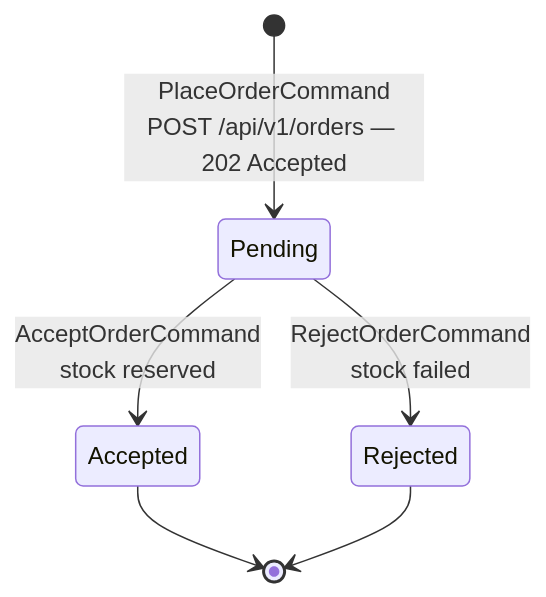
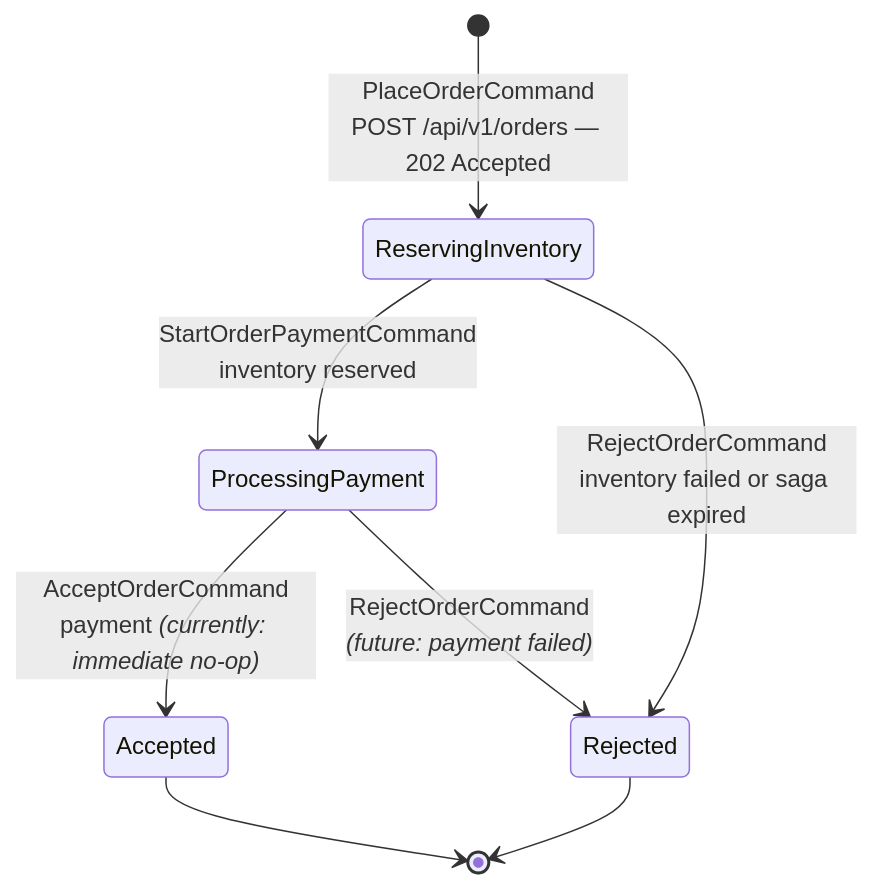
Before and after one commit to mnnam1302/EShop: the fifth of 12 diagrams in Order/src/EShop.Order.API/README.md, drawn with Mermaid. The commit also changed other lines of this file and 10 other files, not shown here.

````diff
--- a/Order/src/EShop.Order.API/README.md
+++ b/Order/src/EShop.Order.API/README.md
@@ -159,10 +171,13 @@
 ```mermaid
 stateDiagram-v2
-    [*] --> Pending : PlaceOrderCommand<br/>POST /api/v1/orders — 202 Accepted
+    [*] --> ReservingInventory : PlaceOrderCommand<br/>POST /api/v1/orders — 202 Accepted
 
-    Pending --> Accepted : AcceptOrderCommand<br/>stock reserved
-    Pending --> Rejected : RejectOrderCommand<br/>stock failed
+    ReservingInventory --> ProcessingPayment : StartOrderPaymentCommand<br/>inventory reserved
+    ReservingInventory --> Rejected          : RejectOrderCommand<br/>inventory failed or saga expired
+
+    ProcessingPayment --> Accepted : AcceptOrderCommand<br/>payment *(currently: immediate no-op)*
+    ProcessingPayment --> Rejected : RejectOrderCommand<br/>*(future: payment failed)*
 
     Accepted --> [*]
     Rejected --> [*]
 ```
````
